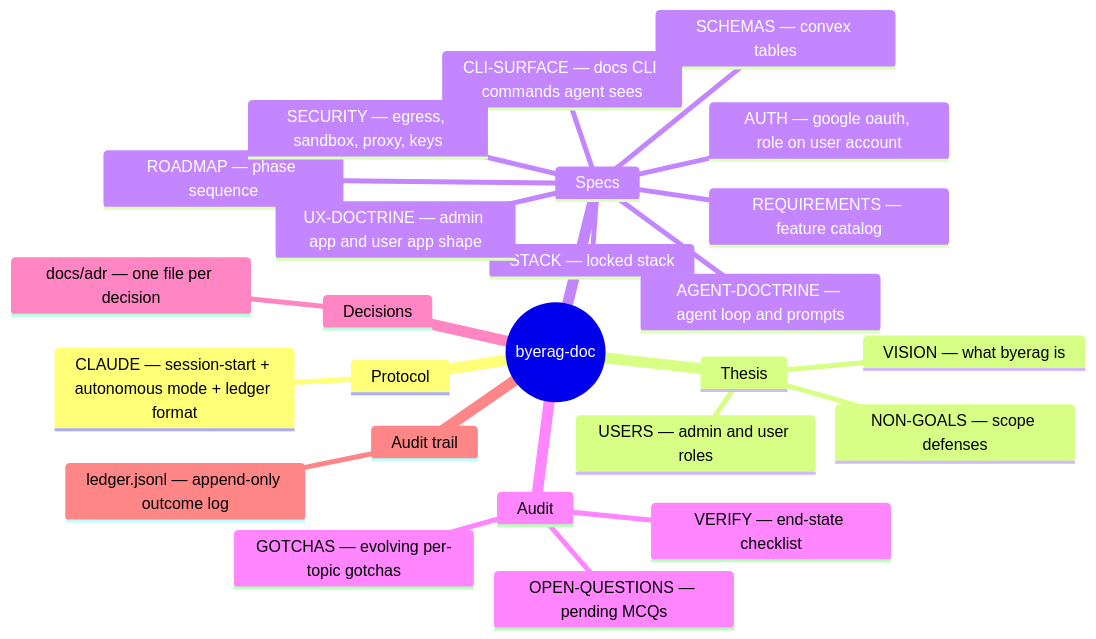
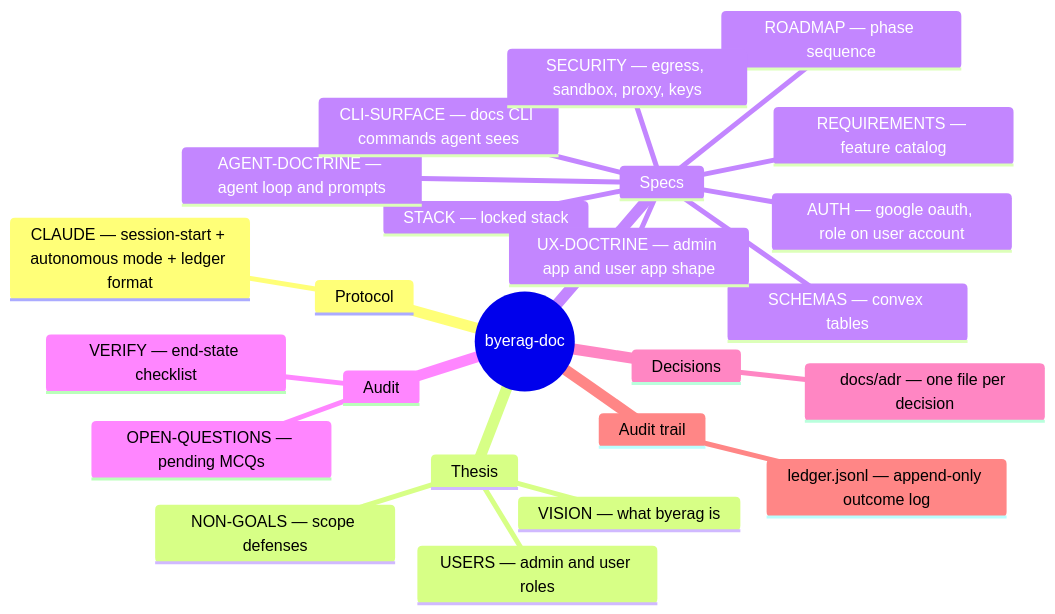
Before and after one commit to 1qh/byerag-doc: the diagram in README.md, drawn with Mermaid. The commit also changed 35 other files, not shown here.

Commit message:
docs: redistribute GOTCHAS.md into topic-owner docs; delete catch-all gotcha buckets

````diff
--- a/README.md
+++ b/README.md
@@ -5,28 +5,27 @@
 ```mermaid
 mindmap
   root((byerag-doc))
     Protocol
       CLAUDE — session-start + autonomous mode + ledger format
     Thesis
       VISION — what byerag is
       USERS — admin and user roles
       NON-GOALS — scope defenses
     Specs
       REQUIREMENTS — feature catalog
       ROADMAP — phase sequence
       STACK — locked stack
       SCHEMAS — convex tables
       AUTH — google oauth, role on user account
       AGENT-DOCTRINE — agent loop and prompts
       CLI-SURFACE — docs CLI commands agent sees
       UX-DOCTRINE — admin app and user app shape
       SECURITY — egress, sandbox, proxy, keys
     Audit
       VERIFY — end-state checklist
-      GOTCHAS — evolving per-topic gotchas
       OPEN-QUESTIONS — pending MCQs
     Decisions
       docs/adr — one file per decision
     Audit trail
       ledger.jsonl — append-only outcome log
 ```
````
